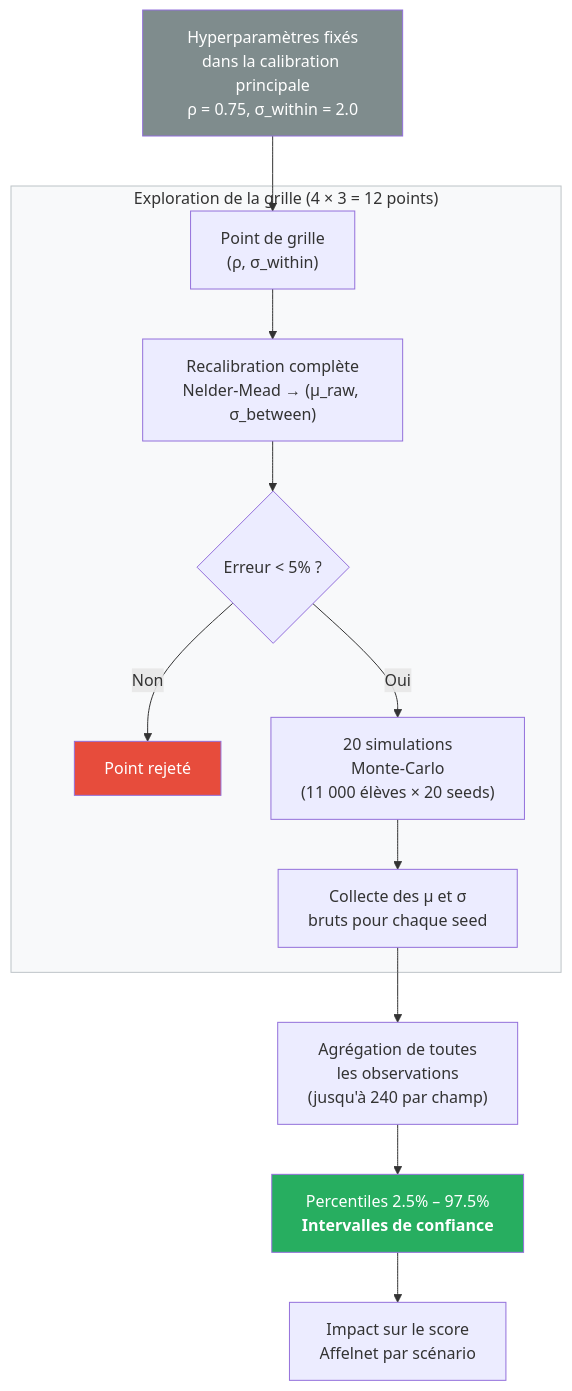
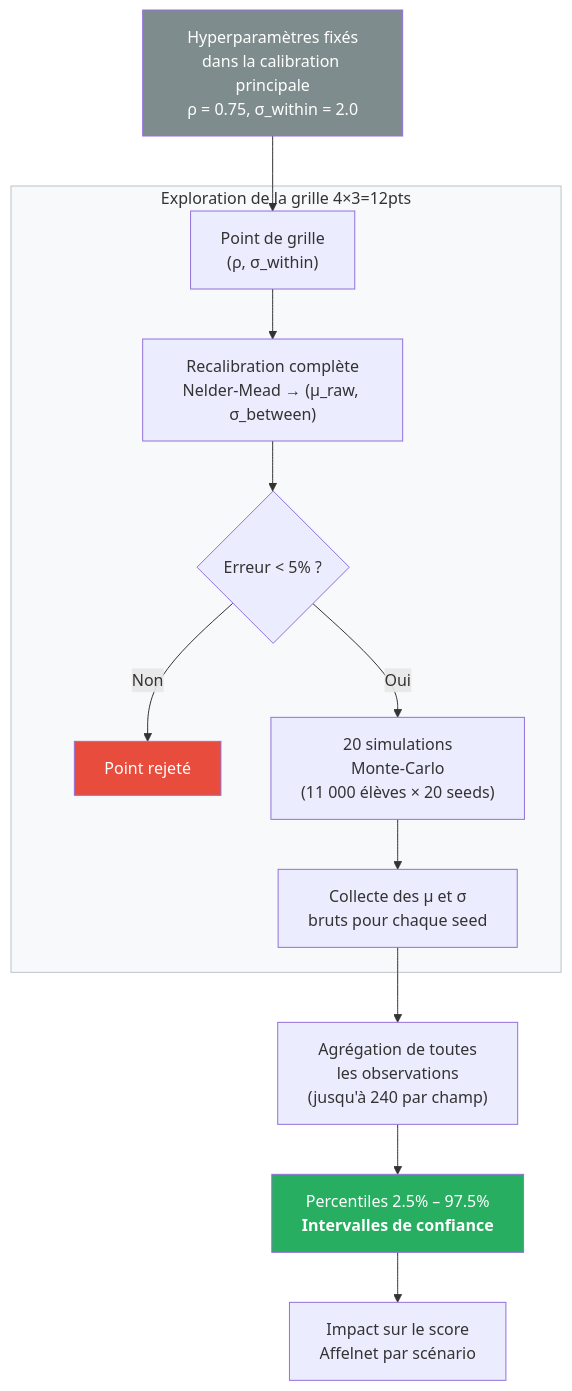
The second of 2 diagrams in README.md (fgaume/affelnet-analyses), drawn with Mermaid before and after one commit.

Commit message:
Fix diagramme

````diff
--- a/README.md
+++ b/README.md
@@ -238,23 +238,23 @@
 ```mermaid
 flowchart TD
     A["Hyperparamètres fixés<br/>dans la calibration principale<br/>ρ = 0.75, σ_within = 2.0"] --> B
 
-    subgraph GRILLE ["Exploration de la grille (4 × 3 = 12 points)"]
+    subgraph GRILLE ["Exploration de la grille 4×3=12pts"]
         B["Point de grille<br/>(ρ, σ_within)"] --> C
         C["Recalibration complète<br/>Nelder-Mead → (µ_raw, σ_between)"] --> D
         D{"Erreur < 5% ?"}
         D -- Non --> E["Point rejeté"]
         D -- Oui --> F["20 simulations<br/>Monte-Carlo<br/>(11 000 élèves × 20 seeds)"]
         F --> G["Collecte des µ et σ<br/>bruts pour chaque seed"]
     end
 
     G --> H["Agrégation de toutes<br/>les observations<br/>(jusqu'à 240 par champ)"]
     H --> I["Percentiles 2.5% – 97.5%<br/><b>Intervalles de confiance</b>"]
 
     I --> J["Impact sur le score<br/>Affelnet par scénario"]
 
     style A fill:#7f8c8d,color:#fff
     style E fill:#e74c3c,color:#fff
     style I fill:#27ae60,color:#fff
     style GRILLE fill:#f8f9fa,stroke:#bdc3c7
 ```
````
